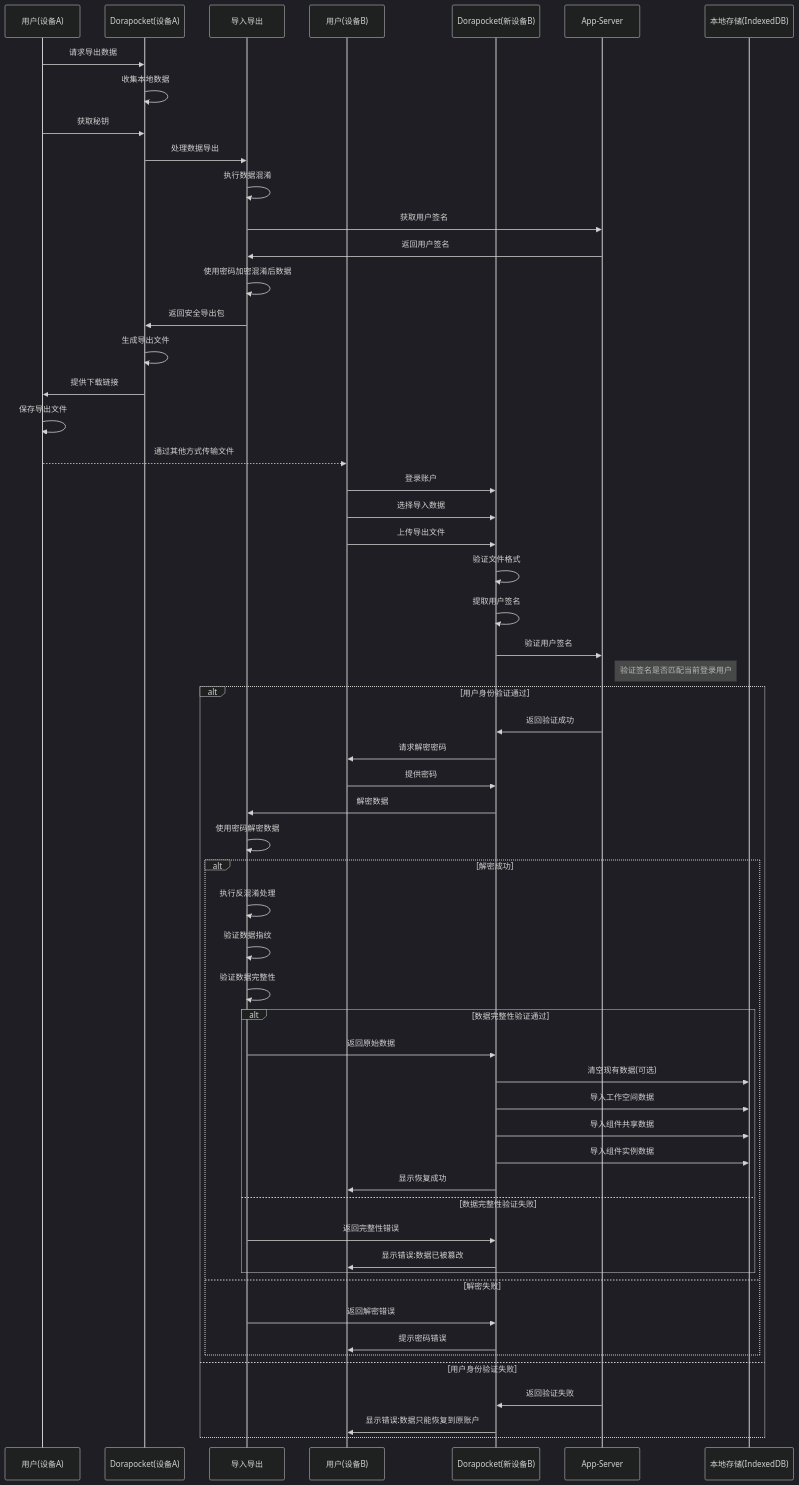
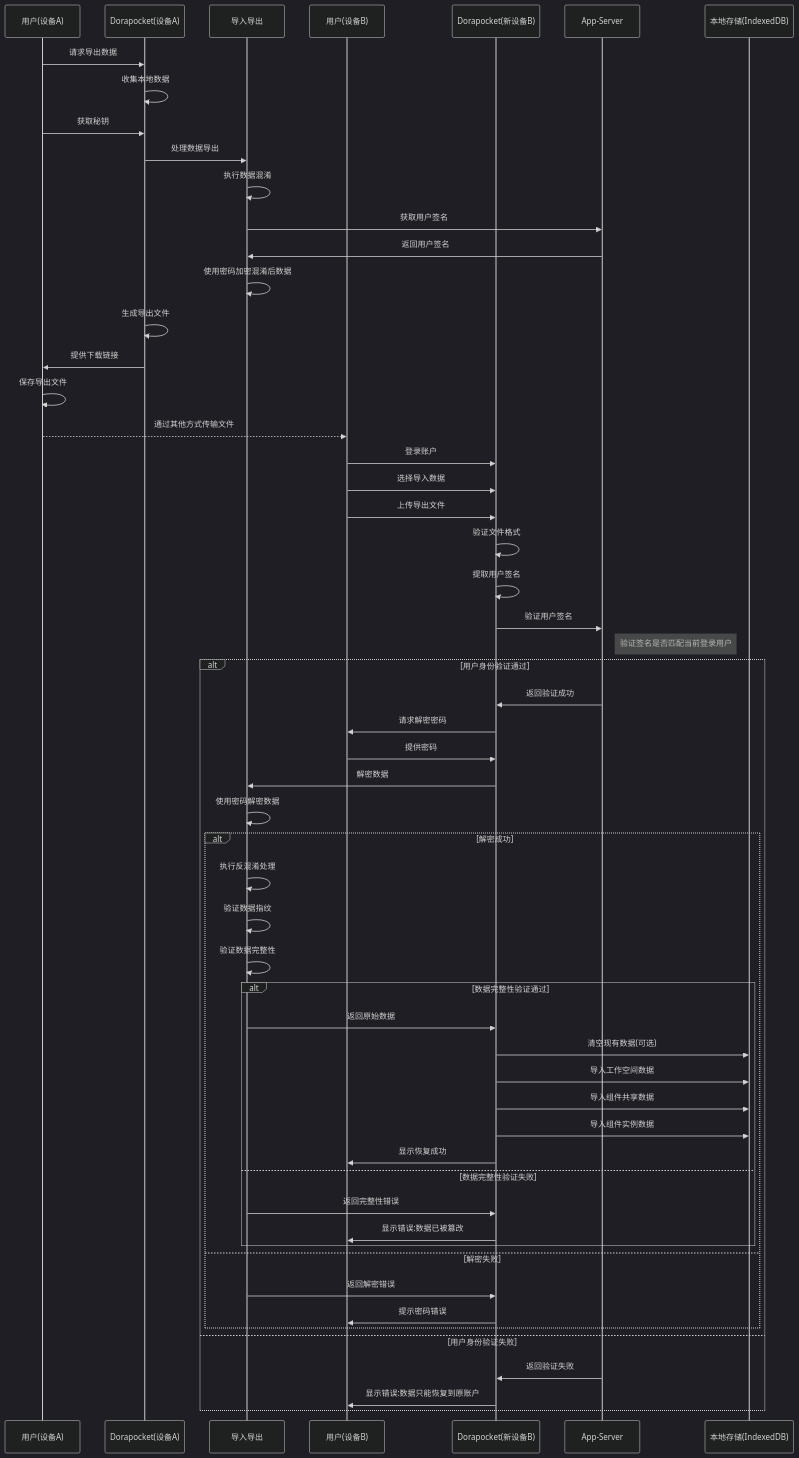
The diagram in all/未命名-34.md (yingjianzh/iodraw-files), drawn with Mermaid (dark theme) before and after one commit.

Commit message:
2025-04-17 16:54:01 update

````diff
--- a/all/未命名-34.md
+++ b/all/未命名-34.md
@@ -1,73 +1,73 @@
 ```mermaid
 sequenceDiagram
     participant UserOld as 用户(设备A)
     participant AppOld as Dorapocket(设备A)
     participant Security as 导入导出
     participant UserNew as 用户(设备B)
     participant AppNew as Dorapocket(新设备B)
     participant AppServer as App-Server
     participant LocalDB as 本地存储(IndexedDB)
     
     %% 导出流程
     UserOld->>AppOld: 请求导出数据
     AppOld->>AppOld: 收集本地数据
     UserOld->>AppOld: 获取秘钥
     
     AppOld->>Security: 处理数据导出
     Security->>Security: 执行数据混淆
     Security->>AppServer: 获取用户签名
     AppServer->>Security: 返回用户签名
     Security->>Security: 使用密码加密混淆后数据
-    Security->>AppOld: 返回安全导出包
+    
     
     AppOld->>AppOld: 生成导出文件
     AppOld->>UserOld: 提供下载链接
     UserOld->>UserOld: 保存导出文件
     
     %% 传输文件(由用户完成)
     UserOld-->>UserNew: 通过其他方式传输文件
     
     %% 恢复流程
     UserNew->>AppNew: 登录账户
     UserNew->>AppNew: 选择导入数据
     UserNew->>AppNew: 上传导出文件
     
     AppNew->>AppNew: 验证文件格式
     AppNew->>AppNew: 提取用户签名
     
     AppNew->>AppServer: 验证用户签名
     note right of AppServer: 验证签名是否匹配当前登录用户
     
     alt 用户身份验证通过
         AppServer->>AppNew: 返回验证成功
         AppNew->>UserNew: 请求解密密码
         UserNew->>AppNew: 提供密码
         
         AppNew->>Security: 解密数据
         Security->>Security: 使用密码解密数据
         
         alt 解密成功
             Security->>Security: 执行反混淆处理
             Security->>Security: 验证数据指纹
             Security->>Security: 验证数据完整性
             
             alt 数据完整性验证通过
                 Security->>AppNew: 返回原始数据
                 AppNew->>LocalDB: 清空现有数据(可选)
                 AppNew->>LocalDB: 导入工作空间数据
                 AppNew->>LocalDB: 导入组件共享数据
                 AppNew->>LocalDB: 导入组件实例数据
                 AppNew->>UserNew: 显示恢复成功
             else 数据完整性验证失败
                 Security->>AppNew: 返回完整性错误
                 AppNew->>UserNew: 显示错误:数据已被篡改
             end
         else 解密失败
             Security->>AppNew: 返回解密错误
             AppNew->>UserNew: 提示密码错误
         end
     else 用户身份验证失败
         AppServer->>AppNew: 返回验证失败
         AppNew->>UserNew: 显示错误:数据只能恢复到原账户
     end
 ```
````
